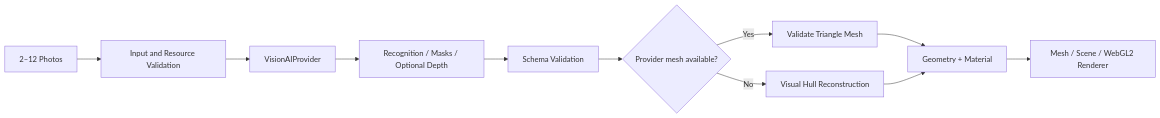
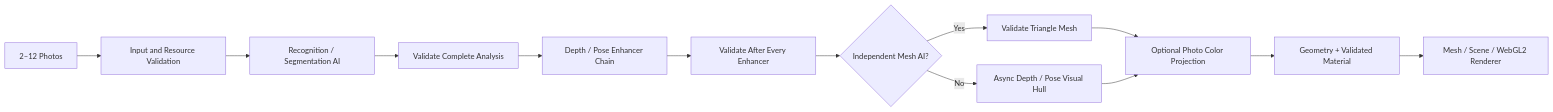
The fourth of 5 diagrams in docs/architecture.md (leondic1976/Deploy-Verbis3d), drawn with Mermaid before and after one commit. The commit also changed other lines of this file and 47 other files, not shown here.

````diff
--- a/docs/architecture.md
+++ b/docs/architecture.md
@@ -50,13 +50,15 @@
 ```mermaid
 flowchart LR
   A[2–12 Photos] --> B[Input and Resource Validation]
-  B --> C[VisionAIProvider]
-  C --> D[Recognition / Masks / Optional Depth]
-  D --> E[Schema Validation]
-  E --> F{Provider mesh available?}
-  F -->|Yes| G[Validate Triangle Mesh]
-  F -->|No| H[Visual Hull Reconstruction]
-  G --> I[Geometry + Material]
-  H --> I
-  I --> J[Mesh / Scene / WebGL2 Renderer]
+  B --> C[Recognition / Segmentation AI]
+  C --> D[Validate Complete Analysis]
+  D --> E[Depth / Pose Enhancer Chain]
+  E --> F[Validate After Every Enhancer]
+  F --> G{Independent Mesh AI?}
+  G -->|Yes| H[Validate Triangle Mesh]
+  G -->|No| I[Async Depth / Pose Visual Hull]
+  H --> J[Optional Photo Color Projection]
+  I --> J
+  J --> K[Geometry + Validated Material]
+  K --> L[Mesh / Scene / WebGL2 Renderer]
 ```
````
